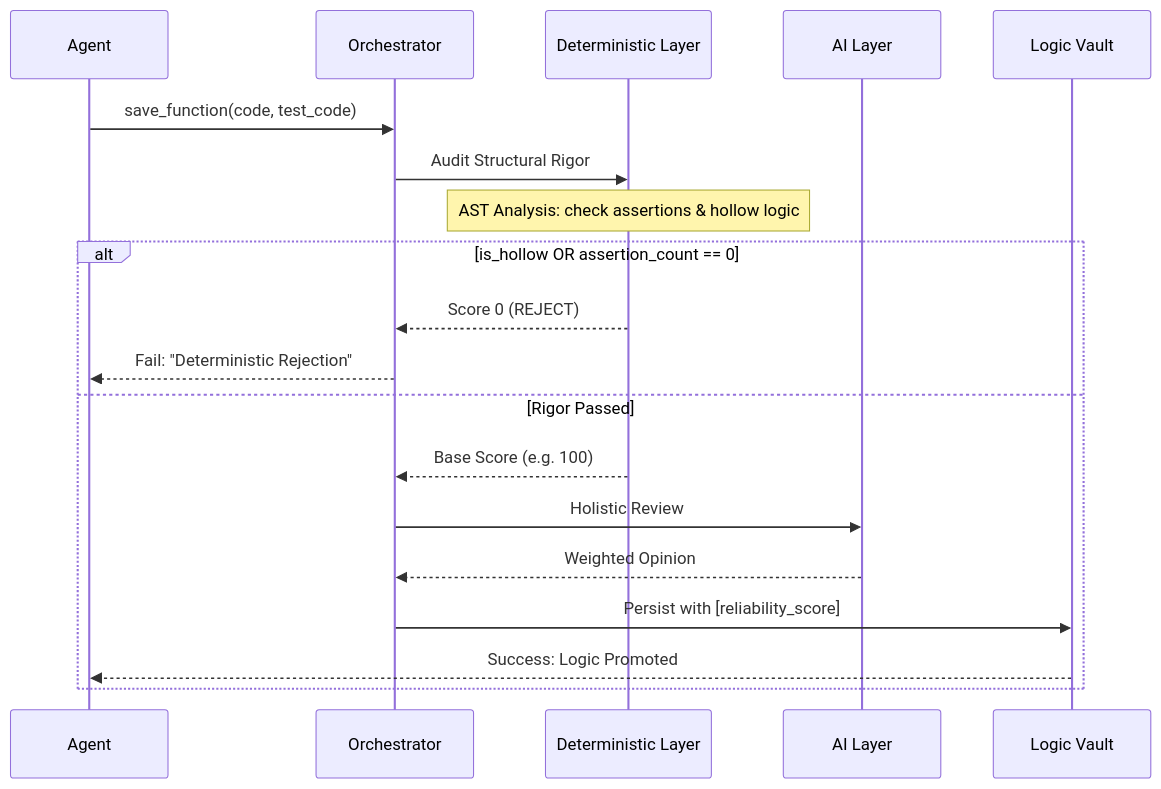
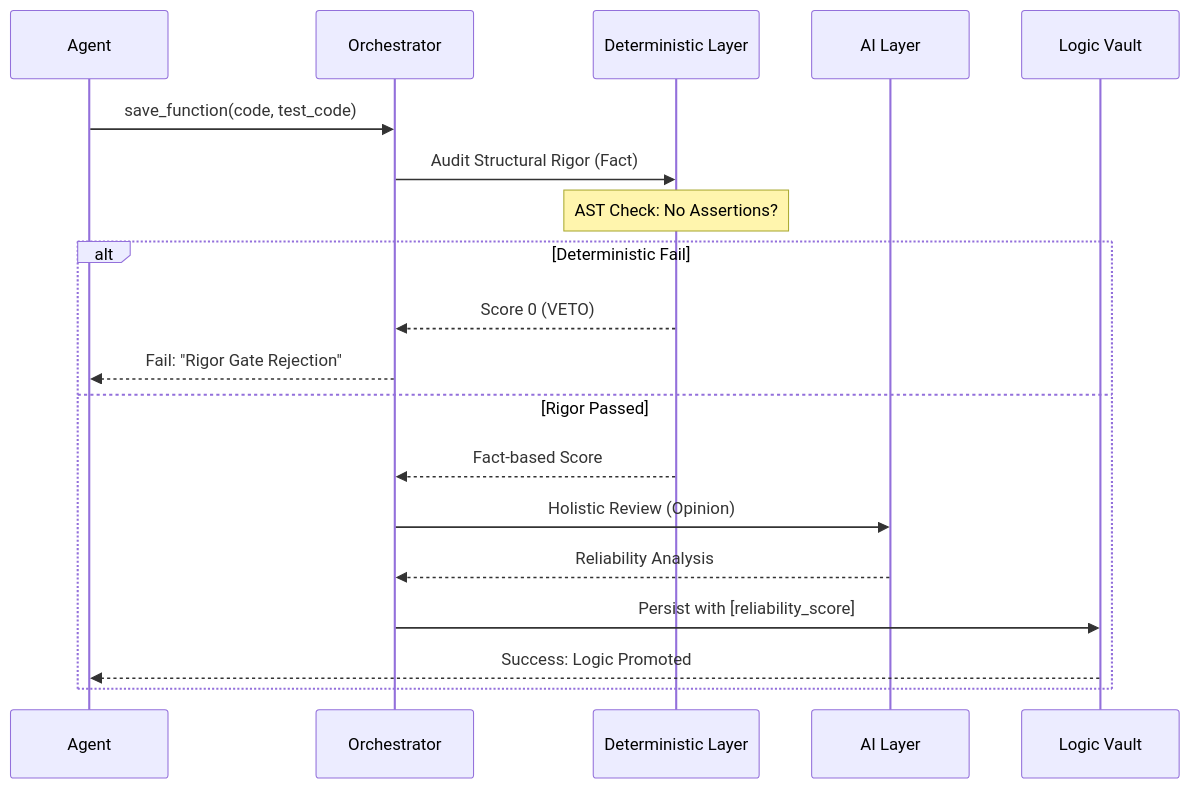
One commit to ayato-labs/LogicHive changed the second of 2 diagrams in ARCHITECTURE.md. Above: the diagram before and after it, drawn with Mermaid. The commit also changed other lines of this file and 1 other file, not shown here.

````diff
--- a/ARCHITECTURE.md
+++ b/ARCHITECTURE.md
@@ -45,23 +75,23 @@
 ```mermaid
 sequenceDiagram
     participant Agent
     participant Orch as Orchestrator
     participant Det as Deterministic Layer
     participant AI as AI Layer
     participant Vault as Logic Vault
 
     Agent->>Orch: save_function(code, test_code)
-    Orch->>Det: Audit Structural Rigor
-    Note over Det: AST Analysis: check assertions & hollow logic
+    Orch->>Det: Audit Structural Rigor (Fact)
+    Note over Det: AST Check: No Assertions? 
     
-    alt is_hollow OR assertion_count == 0
-        Det-->>Orch: Score 0 (REJECT)
-        Orch-->>Agent: Fail: "Deterministic Rejection"
+    alt Deterministic Fail
+        Det-->>Orch: Score 0 (VETO)
+        Orch-->>Agent: Fail: "Rigor Gate Rejection"
     else Rigor Passed
-        Det-->>Orch: Base Score (e.g. 100)
-        Orch->>AI: Holistic Review
-        AI-->>Orch: Weighted Opinion
+        Det-->>Orch: Fact-based Score
+        Orch->>AI: Holistic Review (Opinion)
+        AI-->>Orch: Reliability Analysis
         Orch->>Vault: Persist with [reliability_score]
         Vault-->>Agent: Success: Logic Promoted
     end
 ```
````
